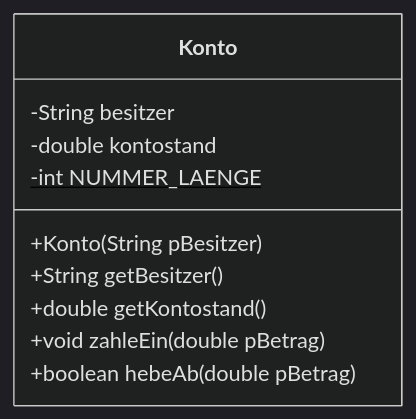
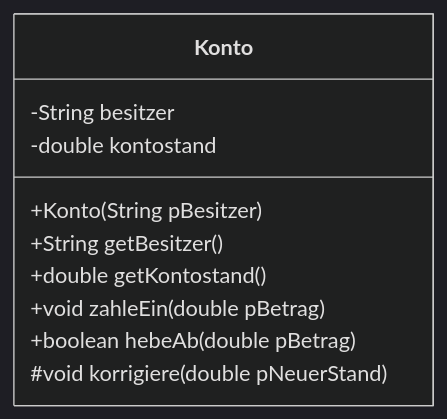
One commit to openpatch/hyperbook-informatik changed the first of 5 diagrams in book/oberstufe/oop/02-erweiterungen/01-vertiefte-objektorientierung/01-implementationsdiagramme.md. Above: the diagram before and after it, drawn with Mermaid (dark theme). The commit also changed other lines of this file and 20 other files, not shown here.

````diff
--- a/book/oberstufe/oop/02-erweiterungen/01-vertiefte-objektorientierung/01-implementationsdiagramme.md
+++ b/book/oberstufe/oop/02-erweiterungen/01-vertiefte-objektorientierung/01-implementationsdiagramme.md
@@ -27,13 +27,13 @@
 ```mermaid
 classDiagram
     class Konto {
         -String besitzer
         -double kontostand
-        -int NUMMER_LAENGE$
         +Konto(String pBesitzer)
         +String getBesitzer()
         +double getKontostand()
         +void zahleEin(double pBetrag)
         +boolean hebeAb(double pBetrag)
+        #void korrigiere(double pNeuerStand)
     }
 ```
````
